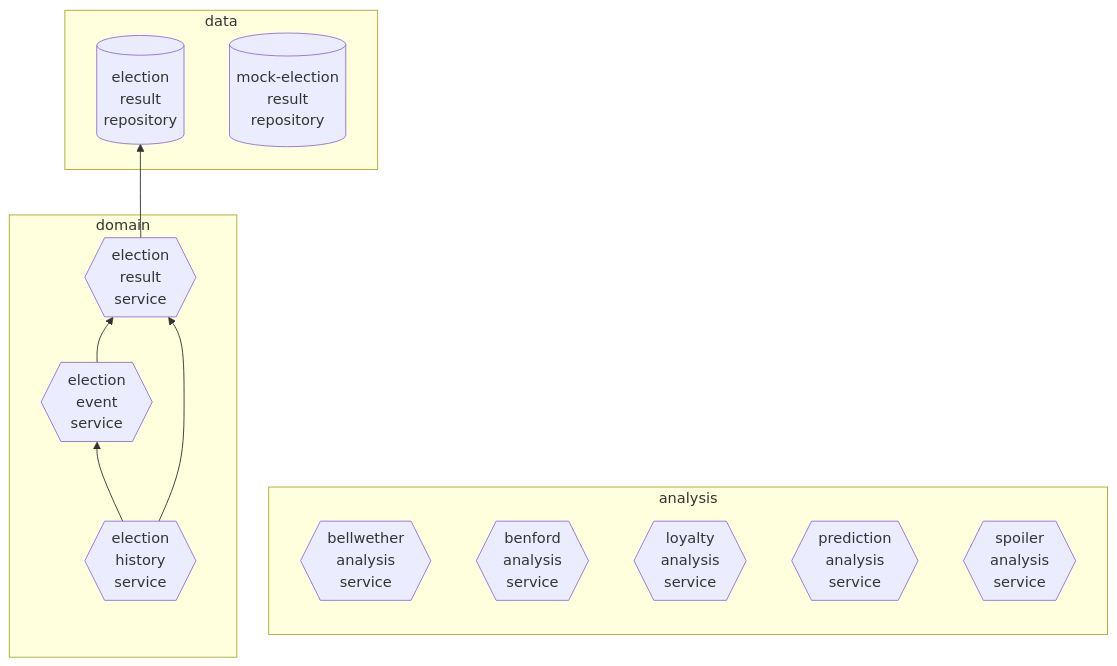
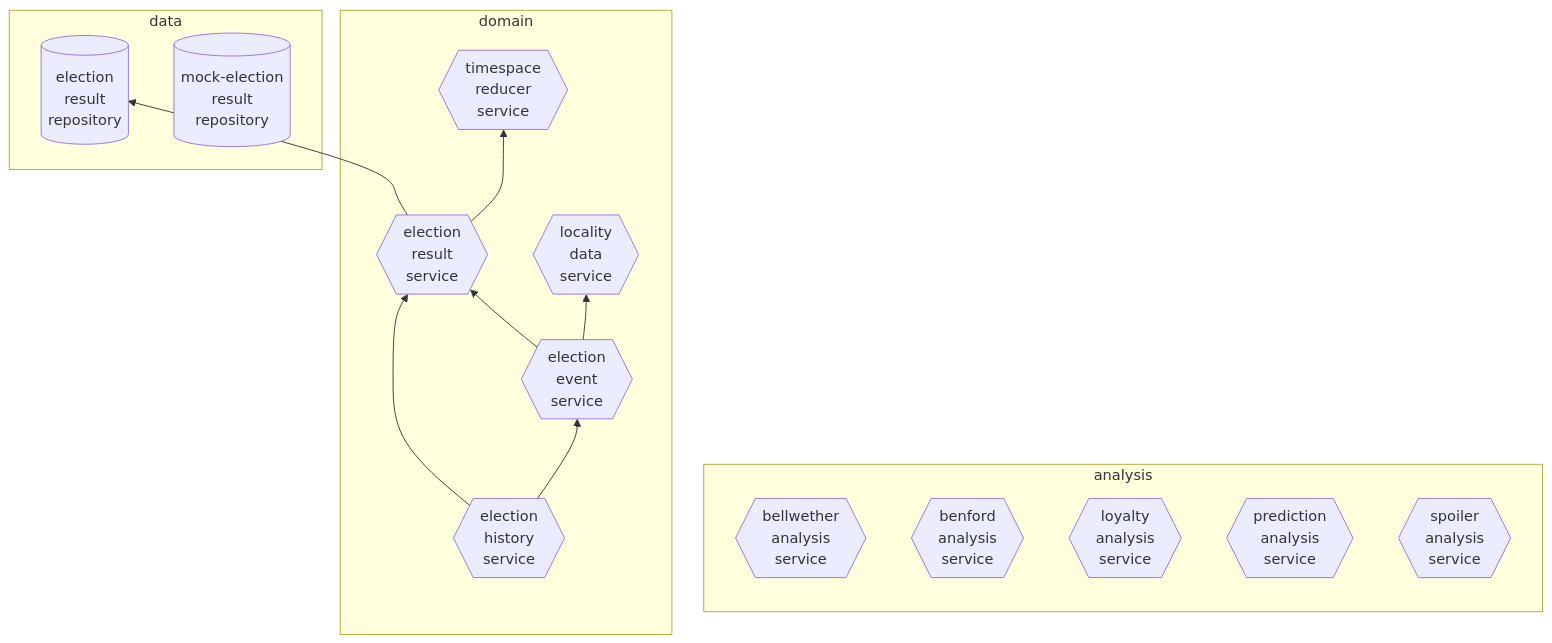
The diagram in docs/arch/input/flow_chart.mmd (DrewStern/election-analysis), drawn with Mermaid before and after one commit. The commit also changed 8 other files, not shown here.

Commit message:
create TimespaceReducerService (no tests implemented); update arch docs and run-mermaid script

````diff
--- a/docs/arch/input/flow_chart.mmd
+++ b/docs/arch/input/flow_chart.mmd
@@ -1,27 +1,31 @@
 ```mermaid
 graph BT
 
     subgraph analysis [analysis]
     BWAS{{bellwether<br>analysis<br>service}}
     BAS{{benford<br>analysis<br>service}}
     LAS{{loyalty<br>analysis<br>service}}
     PAS{{prediction<br>analysis<br>service}}
     SAS{{spoiler<br>analysis<br>service}}
     end
 
     subgraph domain [domain]
+    TRS{{timespace<br>reducer<br>service}}
     ERS{{election<br>result<br>service}}
     EES{{election<br>event<br>service}}
     EHS{{election<br>history<br>service}}
+    LDS{{locality<br>data<br>service}}
     end
 
     subgraph data [data]
     ERR[(election<br>result<br>repository)]
     MERR[(mock-election<br>result<br>repository)]
     end
 
     ERS --> ERR
+    ERS --> TRS
     EES --> ERS
+    EES --> LDS
     EHS --> EES
     EHS --> ERS
 ```
````
